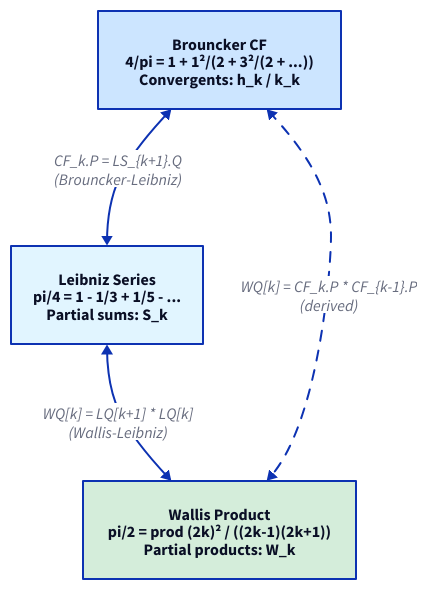
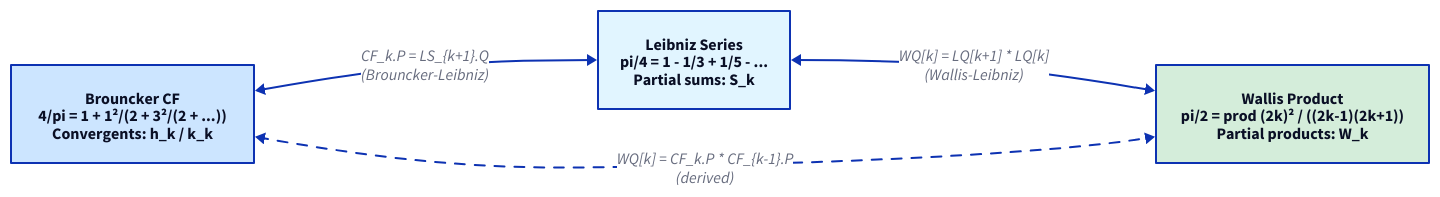
The diagram in tutorial/diagrams/three-way-pi.d2 (jakebromberg/misuse-of-notation), drawn with D2 before and after one commit. The commit also changed 5 other files, not shown here.

First line of the commit message:
Explain associated type resolution, fix diagram layout, expand capstone section

```diff
--- a/tutorial/diagrams/three-way-pi.d2
+++ b/tutorial/diagrams/three-way-pi.d2
@@ -1,15 +1,17 @@
+direction: right
+
 B: "Brouncker CF\n4/pi = 1 + 1²/(2 + 3²/(2 + ...))\nConvergents: h_k / k_k" {
   style.fill: "#cce5ff"
 }
 L: "Leibniz Series\npi/4 = 1 - 1/3 + 1/5 - ...\nPartial sums: S_k" {
   style.fill: "#e1f5ff"
 }
 W: "Wallis Product\npi/2 = prod (2k)² / ((2k-1)(2k+1))\nPartial products: W_k" {
   style.fill: "#d4edda"
 }
 
 B <-> L: "CF_k.P = LS_{k+1}.Q\n(Brouncker-Leibniz)"
 L <-> W: "WQ[k] = LQ[k+1] * LQ[k]\n(Wallis-Leibniz)"
 B <-> W: "WQ[k] = CF_k.P * CF_{k-1}.P\n(derived)" {
   style.stroke-dash: 5
 }
```
